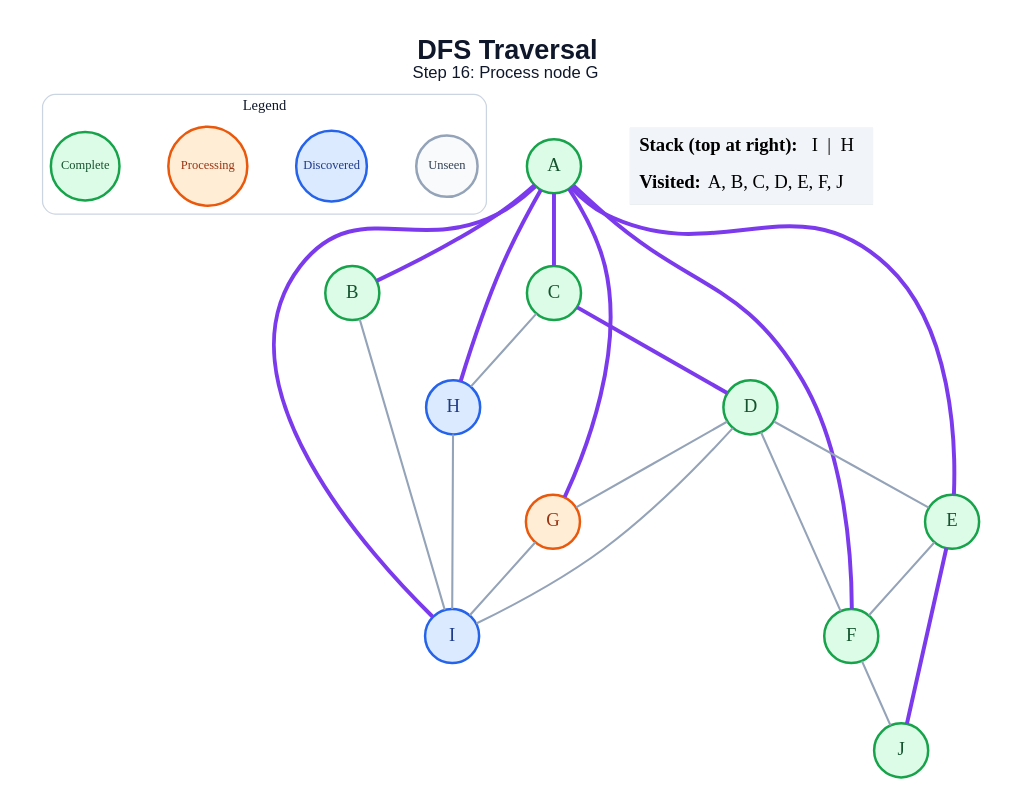
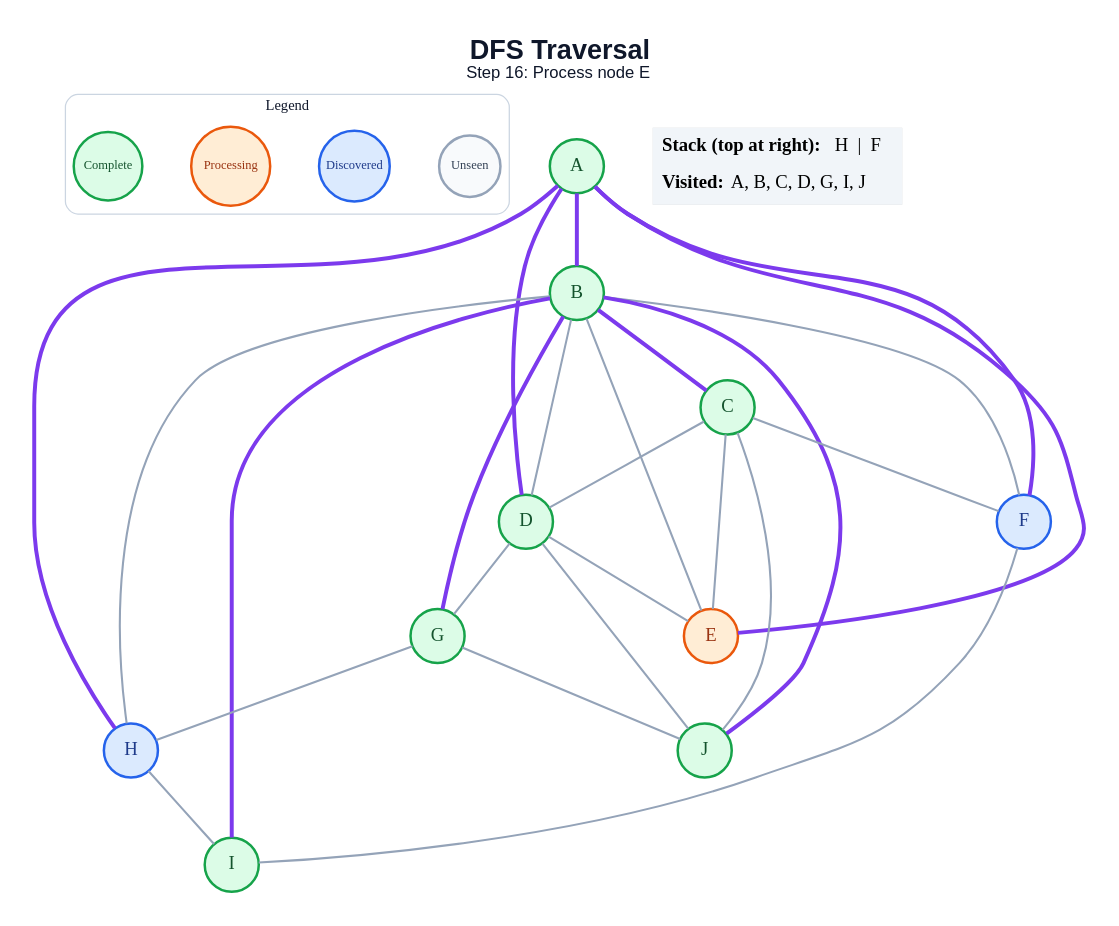
The diagram in generated/dfs/step_16.dot (amanghodawala9/ai-slop), drawn with Graphviz before and after one commit. The commit also changed 178 other files, not shown here.

```diff
--- a/generated/dfs/step_16.dot
+++ b/generated/dfs/step_16.dot
@@ -1,48 +1,53 @@
 graph traversal {
   graph [layout=dot, rankdir=TB, bgcolor="#FFFFFF", pad="0.35", nodesep="0.65", ranksep="0.8", fontname="Arial"];
   node [shape=circle, style="filled", fontname="Arial Bold", fontsize=18, width=0.72, fixedsize=true, penwidth=2.4];
   edge [color="#94A3B8", penwidth=2.0];
-  label=<<B>DFS Traversal</B><BR/><FONT POINT-SIZE="16">Step 16: Process node G</FONT>>; labelloc="t"; fontsize=26; fontname="Arial"; fontcolor="#0F172A";
+  label=<<B>DFS Traversal</B><BR/><FONT POINT-SIZE="16">Step 16: Process node E</FONT>>; labelloc="t"; fontsize=26; fontname="Arial"; fontcolor="#0F172A";
   subgraph cluster_legend { label="Legend"; color="#CBD5E1"; penwidth=1.2; style="rounded"; fontsize=14; fontname="Arial Bold";
     key_unseen [label="Unseen", fillcolor="#F8FAFC", color="#94A3B8", fontcolor="#334155", fontsize=12, width=0.82];
     key_frontier [label="Discovered", fillcolor="#DBEAFE", color="#2563EB", fontcolor="#1E3A8A", fontsize=12, width=0.95];
     key_current [label="Processing", fillcolor="#FFEDD5", color="#EA580C", fontcolor="#9A3412", fontsize=12, width=1.05];
     key_done [label="Complete", fillcolor="#DCFCE7", color="#16A34A", fontcolor="#14532D", fontsize=12, width=0.92];
     { rank=same; key_unseen; key_frontier; key_current; key_done; }
   }
   A [fillcolor="#DCFCE7", color="#16A34A", fontcolor="#14532D"];
   B [fillcolor="#DCFCE7", color="#16A34A", fontcolor="#14532D"];
   C [fillcolor="#DCFCE7", color="#16A34A", fontcolor="#14532D"];
   D [fillcolor="#DCFCE7", color="#16A34A", fontcolor="#14532D"];
-  E [fillcolor="#DCFCE7", color="#16A34A", fontcolor="#14532D"];
-  F [fillcolor="#DCFCE7", color="#16A34A", fontcolor="#14532D"];
-  G [fillcolor="#FFEDD5", color="#EA580C", fontcolor="#9A3412"];
+  E [fillcolor="#FFEDD5", color="#EA580C", fontcolor="#9A3412"];
+  F [fillcolor="#DBEAFE", color="#2563EB", fontcolor="#1E3A8A"];
+  G [fillcolor="#DCFCE7", color="#16A34A", fontcolor="#14532D"];
   H [fillcolor="#DBEAFE", color="#2563EB", fontcolor="#1E3A8A"];
-  I [fillcolor="#DBEAFE", color="#2563EB", fontcolor="#1E3A8A"];
+  I [fillcolor="#DCFCE7", color="#16A34A", fontcolor="#14532D"];
   J [fillcolor="#DCFCE7", color="#16A34A", fontcolor="#14532D"];
   A -- B [color="#7C3AED", penwidth=3.8];
-  A -- C [color="#7C3AED", penwidth=3.8];
+  A -- D [color="#7C3AED", penwidth=3.8];
   A -- E [color="#7C3AED", penwidth=3.8];
   A -- F [color="#7C3AED", penwidth=3.8];
-  A -- G [color="#7C3AED", penwidth=3.8];
   A -- H [color="#7C3AED", penwidth=3.8];
-  A -- I [color="#7C3AED", penwidth=3.8];
-  B -- I;
-  C -- D [color="#7C3AED", penwidth=3.8];
-  C -- H;
+  B -- C [color="#7C3AED", penwidth=3.8];
+  B -- D;
+  B -- E;
+  B -- F;
+  B -- G [color="#7C3AED", penwidth=3.8];
+  B -- H;
+  B -- I [color="#7C3AED", penwidth=3.8];
+  B -- J [color="#7C3AED", penwidth=3.8];
+  C -- D;
+  C -- E;
+  C -- F;
+  C -- J;
   D -- E;
-  D -- F;
   D -- G;
-  D -- I;
-  E -- F;
-  E -- J [color="#7C3AED", penwidth=3.8];
-  F -- J;
-  G -- I;
+  D -- J;
+  F -- I;
+  G -- H;
+  G -- J;
   H -- I;
   status [shape=plain, fixedsize=false, width=0, height=0, margin=0, label=<
     <TABLE BORDER="0" CELLBORDER="0" CELLPADDING="7" BGCOLOR="#F1F5F9">
-      <TR><TD ALIGN="LEFT"><B>Stack (top at right):</B> I  |  H</TD></TR>
-      <TR><TD ALIGN="LEFT"><B>Visited:</B> A, B, C, D, E, F, J</TD></TR>
+      <TR><TD ALIGN="LEFT"><B>Stack (top at right):</B> H  |  F</TD></TR>
+      <TR><TD ALIGN="LEFT"><B>Visited:</B> A, B, C, D, G, I, J</TD></TR>
     </TABLE>
   >];
 }
```
